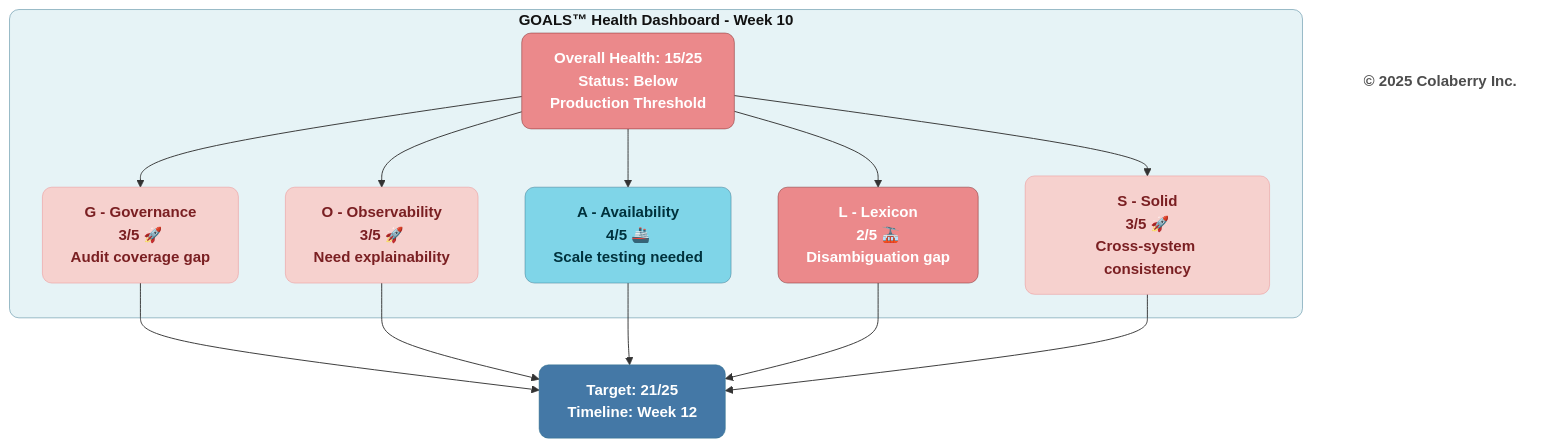
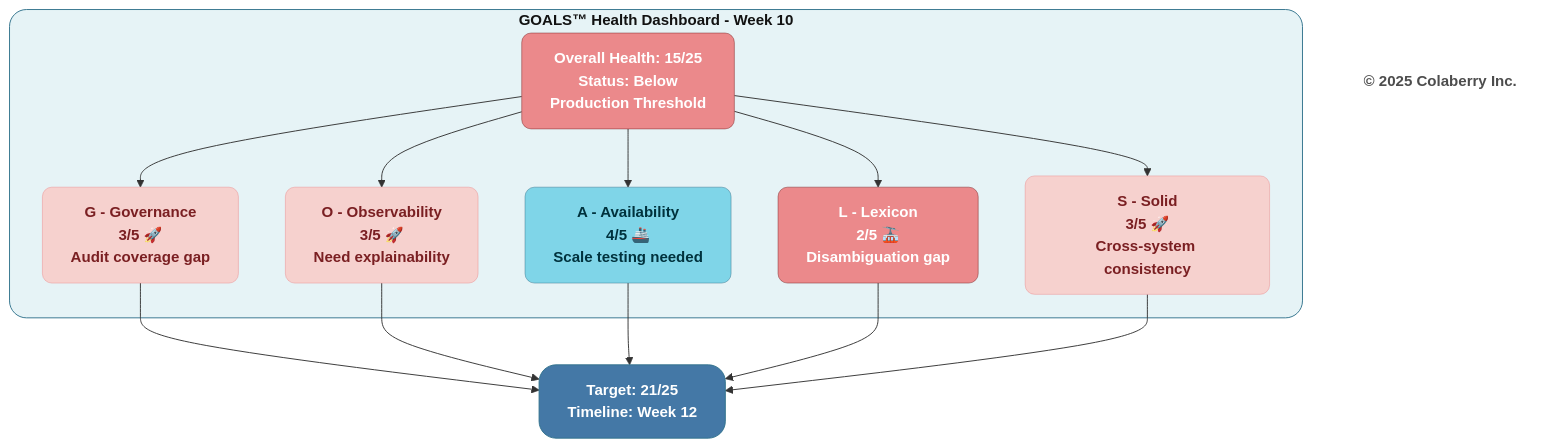
The fourth of 14 diagrams in manuscript/08_chapter_7_goals_framework.md (saitejesh-cyber/trust-before-intelligence-book), drawn with Mermaid before and after one commit. The commit also changed other lines of this file and 12 other files, not shown here.

````diff
--- a/manuscript/08_chapter_7_goals_framework.md
+++ b/manuscript/08_chapter_7_goals_framework.md
@@ -364,38 +364,38 @@
 ```mermaid
 graph TB
     subgraph DASHBOARD["<b>GOALS™ Health Dashboard - Week 10</b>"]
         TITLE["<b>Overall Health: 15/25</b><br/><b>Status: Below <br/>Production Threshold</b>"]
         
         G["<b>G - Governance</b><br/><b>3/5 🚀</b><br/><b>Audit coverage gap</b>"]
         O["<b>O - Observability</b><br/><b>3/5 🚀</b><br/><b>Need explainability</b>"]
         A["<b>A - Availability</b><br/><b>4/5 🚢</b><br/><b>Scale testing needed</b>"]
         L["<b>L - Lexicon</b><br/><b>2/5 🚠</b><br/><b>Disambiguation gap</b>"]
         S["<b>S - Solid</b><br/><b>3/5 🚀</b><br/><b>Cross-system consistency</b>"]
     end
     
     TITLE --> G
     TITLE --> O
     TITLE --> A
     TITLE --> L
     TITLE --> S
     
     TARGET["<b>Target: 21/25</b><br/><b>Timeline: Week 12</b>"]
     
     G --> TARGET
     O --> TARGET
     A --> TARGET
     L --> TARGET
     S --> TARGET
     
-    style DASHBOARD fill:#E6F3F6,stroke:#32738C,stroke-width:0.5px,color:#121212,rx:10,ry:10
+    style DASHBOARD fill:#E6F3F6,stroke:#32738C,stroke-width:1px,color:#121212,rx:18,ry:18
     style TITLE fill:#EB898B,color:#ffffff,stroke:#7A1F22,stroke-width:0.5px,rx:10,ry:10
     style G fill:#F6D1CE,stroke:#EB898B,stroke-width:0.5px,color:#7A1F22,rx:10,ry:10
     style O fill:#F6D1CE,stroke:#EB898B,stroke-width:0.5px,color:#7A1F22,rx:10,ry:10
     style A fill:#7FD5E8,stroke:#32738C,stroke-width:0.5px,color:#00323D,rx:10,ry:10
     style L fill:#EB898B,color:#ffffff,stroke:#7A1F22,stroke-width:0.5px,rx:10,ry:10
     style S fill:#F6D1CE,stroke:#EB898B,stroke-width:0.5px,color:#7A1F22,rx:10,ry:10
-    style TARGET fill:#4478A6,stroke:#32738C,stroke-width:0.5px,color:#ffffff,rx:10,ry:10
+    style TARGET fill:#4478A6,stroke:#32738C,stroke-width:1px,color:#ffffff,rx:18,ry:18
     
     Copyright["<b>© 2025 Colaberry Inc.</b>"]
     style Copyright fill:none,stroke:none,color:#4d4d4d
 ```
````
